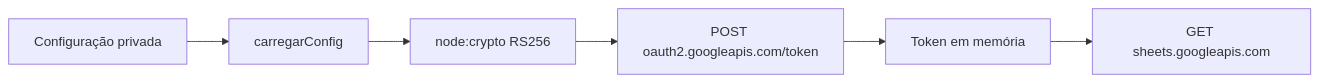
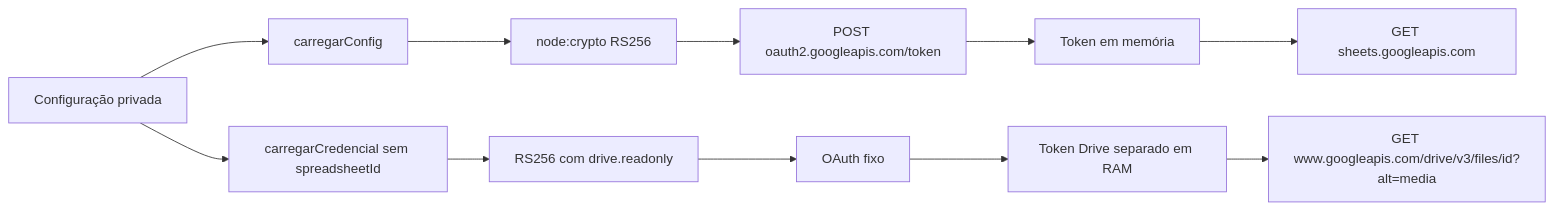
The diagram in docs/modules/google.md (Browsher/crm-social), drawn with Mermaid before and after one commit. The commit also changed other lines of this file and 23 other files, not shown here.

````diff
--- a/docs/modules/google.md
+++ b/docs/modules/google.md
@@ -14,8 +15,13 @@
 ```mermaid
 flowchart LR
   Ambiente[Configuração privada] --> Config[carregarConfig]
   Config --> JWT[node:crypto RS256]
   JWT --> OAuth[POST oauth2.googleapis.com/token]
   OAuth --> RAM[Token em memória]
   RAM --> Sheets[GET sheets.googleapis.com]
+  Ambiente --> DriveConfig[carregarCredencial sem spreadsheetId]
+  DriveConfig --> DriveJWT[RS256 com drive.readonly]
+  DriveJWT --> DriveOAuth[OAuth fixo]
+  DriveOAuth --> DriveRAM[Token Drive separado em RAM]
+  DriveRAM --> Drive[GET www.googleapis.com/drive/v3/files/id?alt=media]
 ```
````
